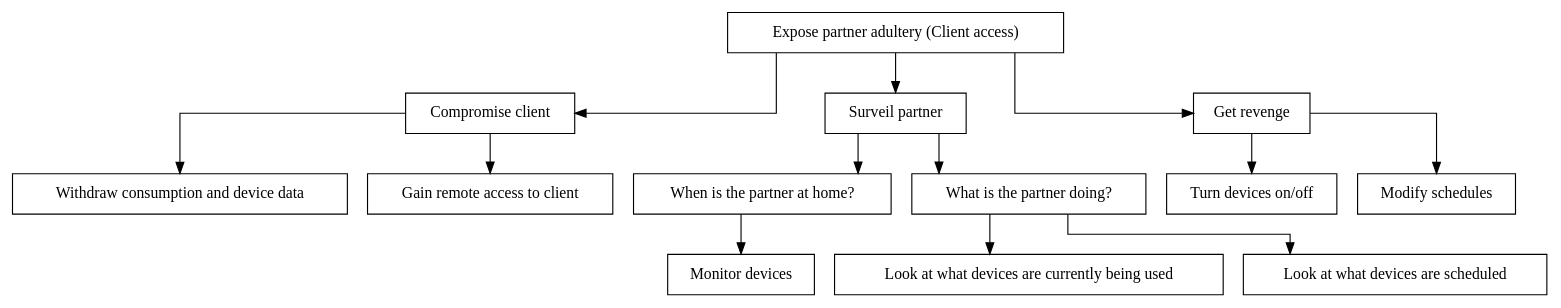
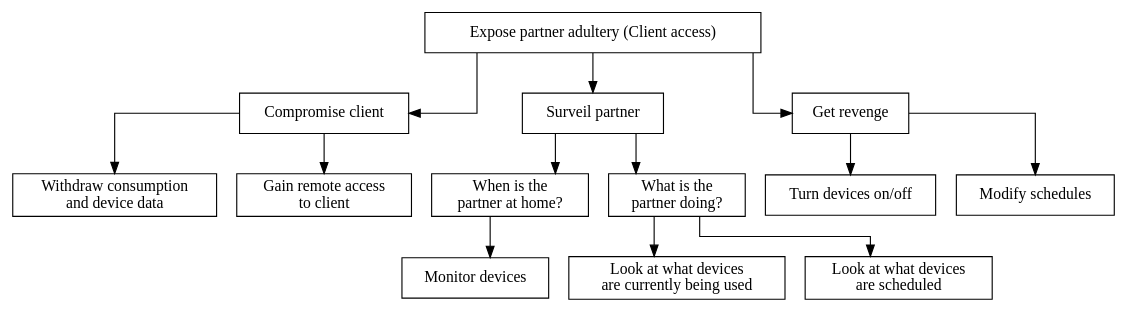
One commit to des904e15/report changed the diagram in figures/graphviz/partner_vs_consumer_client.dot. Above: the diagram before and after it, drawn with Graphviz. The commit also changed 15 other files, not shown here.

```diff
--- a/figures/graphviz/partner_vs_consumer_client.dot
+++ b/figures/graphviz/partner_vs_consumer_client.dot
@@ -1,40 +1,40 @@
 digraph finite_state_machine {
   node [shape = rectangle];
   graph [splines=ortho];
 
   root[label = "Expose partner adultery (Client access)",shape=AND];
 
 
     compromise_client[label="Compromise client", shape=OR];
     root->compromise_client;
-    extractDataFromClient[label="Withdraw consumption and device data"];
-    gainRemoteAccessToClient[label="Gain remote access to client"]
+    extractDataFromClient[label="Withdraw consumption\nand device data"];
+    gainRemoteAccessToClient[label="Gain remote access\nto client"]
     compromise_client -> extractDataFromClient, gainRemoteAccessToClient;
 
   surveil[label="Surveil partner",shape=OR];
   root->surveil;
 
-    at_home[label="When is the partner at home?"];
+    at_home[label="When is the\npartner at home?"];
     surveil->at_home
 
       running_devices[label="Monitor devices"];
       at_home->running_devices;
 
-    doing_what[label="What is the partner doing?",shape=OR];
+    doing_what[label="What is the\npartner doing?",shape=OR];
     surveil->doing_what;
 
-      running_devices2[label="Look at what devices are currently being used"];
+      running_devices2[label="Look at what devices\nare currently being used"];
       doing_what->running_devices2;
 
-      scheduled_devices[label="Look at what devices are scheduled"];
+      scheduled_devices[label="Look at what devices\nare scheduled"];
       doing_what->scheduled_devices;
 
   revenge[label="Get revenge",shape=OR];
   root->revenge;
 
     turn_onoff[label="Turn devices on/off"];
     revenge->turn_onoff;
 
     modify_schedules[label="Modify schedules"];
     revenge->modify_schedules;
 }
```
